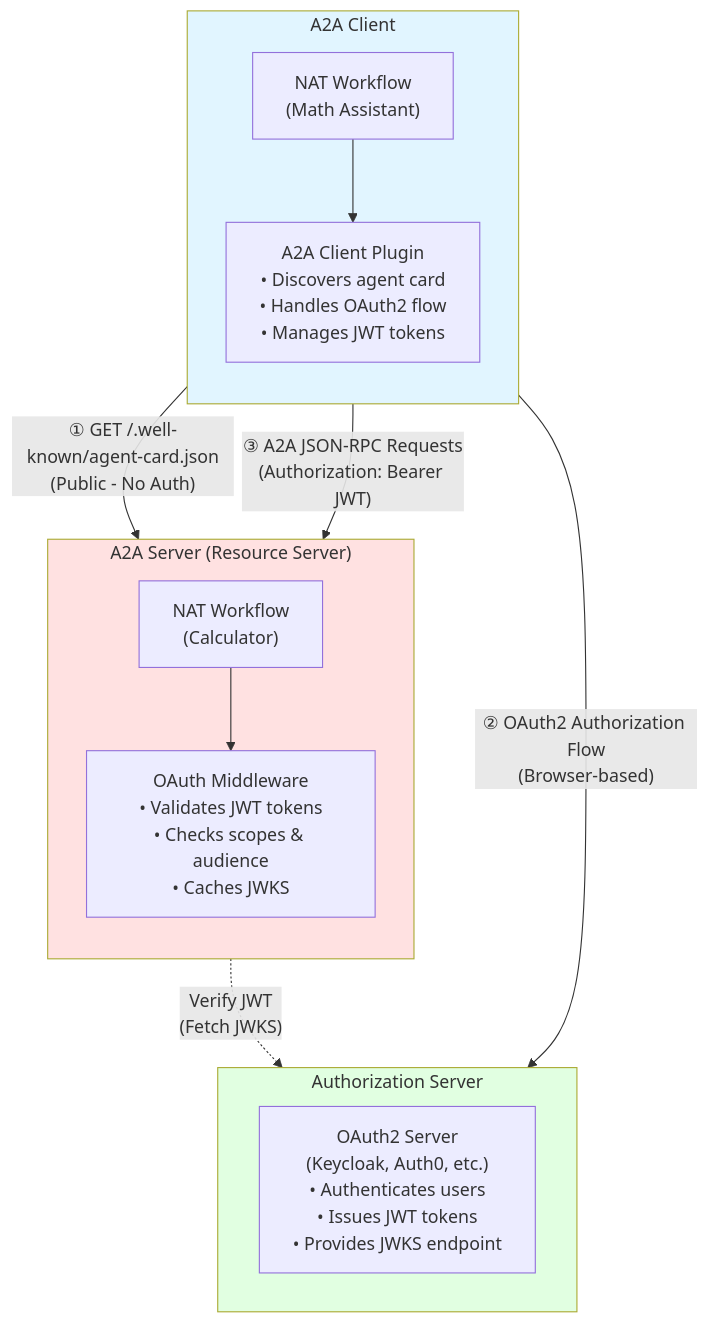
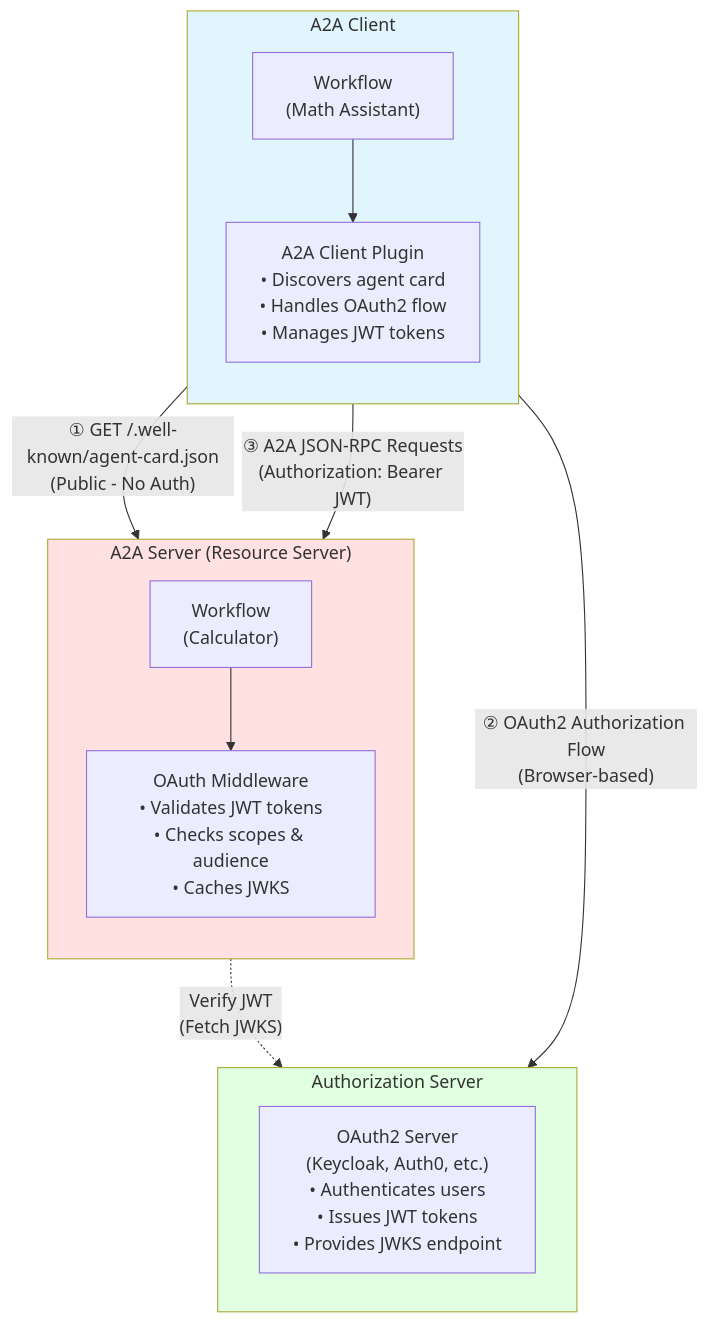
Before and after one commit to yifei-gpt/NeMo-Agent-Toolkit: the first of 2 diagrams in docs/source/components/auth/a2a-auth.md, drawn with Mermaid. The commit also changed other lines of this file and 110 other files, not shown here.

````diff
--- a/docs/source/components/auth/a2a-auth.md
+++ b/docs/source/components/auth/a2a-auth.md
@@ -40,30 +40,30 @@
 ```mermaid
 graph TB
     subgraph Client["A2A Client"]
         direction TB
-        ClientWorkflow["NAT Workflow<br/>(Math Assistant)"]
+        ClientWorkflow["Workflow<br/>(Math Assistant)"]
         A2AClientPlugin["A2A Client Plugin<br/>• Discovers agent card<br/>• Handles OAuth2 flow<br/>• Manages JWT tokens"]
         ClientWorkflow --> A2AClientPlugin
     end
 
     subgraph Server["A2A Server (Resource Server)"]
         direction TB
-        ServerWorkflow["NAT Workflow<br/>(Calculator)"]
+        ServerWorkflow["Workflow<br/>(Calculator)"]
         OAuthMiddleware["OAuth Middleware<br/>• Validates JWT tokens<br/>• Checks scopes & audience<br/>• Caches JWKS"]
         ServerWorkflow --> OAuthMiddleware
     end
 
     subgraph Auth["Authorization Server"]
         direction LR
         AuthCore["OAuth2 Server<br/>(Keycloak, Auth0, etc.)<br/>• Authenticates users<br/>• Issues JWT tokens<br/>• Provides JWKS endpoint"]
     end
 
     A2AClientPlugin -->|"① GET /.well-known/agent-card.json<br/>(Public - No Auth)"| ServerWorkflow
     A2AClientPlugin -->|"② OAuth2 Authorization Flow<br/>(Browser-based)"| AuthCore
     A2AClientPlugin -->|"③ A2A JSON-RPC Requests<br/>(Authorization: Bearer JWT)"| ServerWorkflow
     OAuthMiddleware -.->|"Verify JWT<br/>(Fetch JWKS)"| AuthCore
 
     style Client fill:#e1f5ff
     style Server fill:#ffe1e1
     style Auth fill:#e1ffe1
 ```
````
